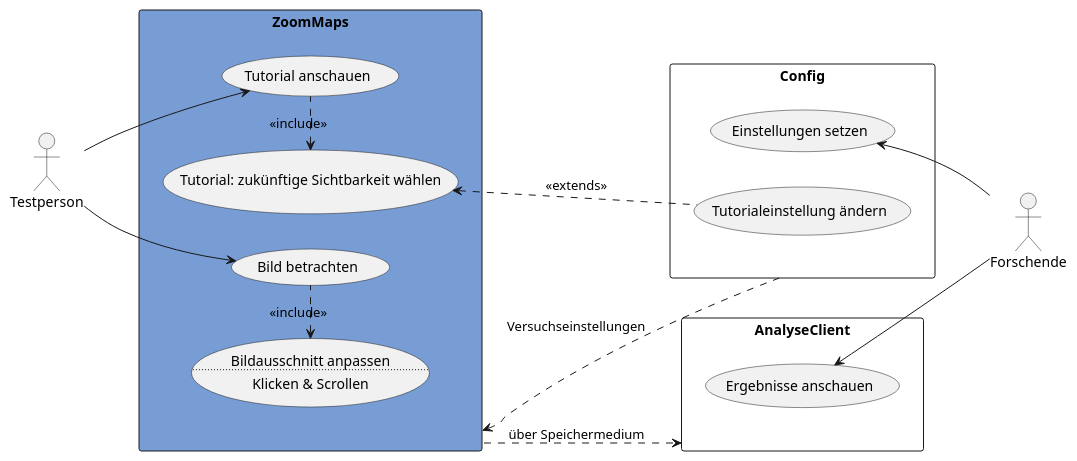
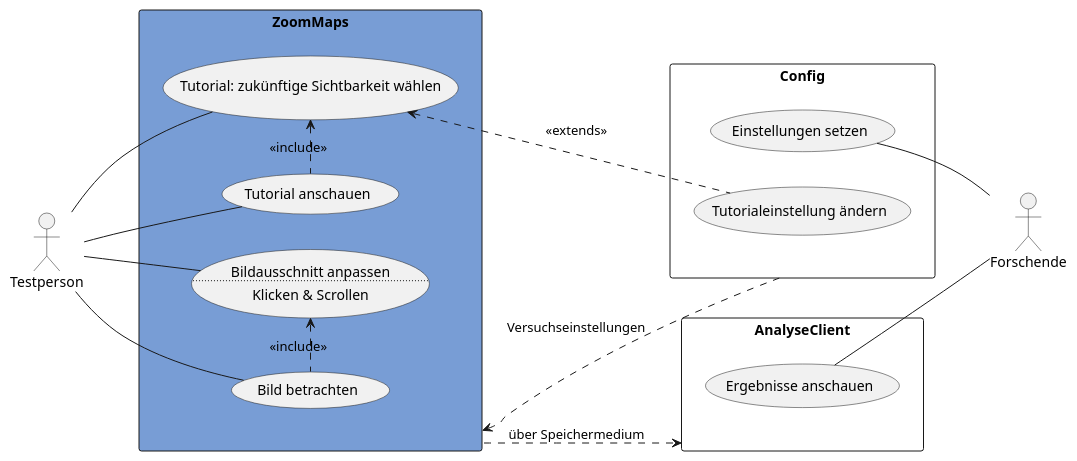
One commit to weichware10/meilensteine changed the diagram in meilenstein_05/usecase-zoommaps/usecase-zoommaps.puml. Above: the diagram before and after it, drawn with PlantUML.

Commit message:
formatierung und pfeilspitzen

```diff
--- a/meilenstein_05/usecase-zoommaps/usecase-zoommaps.puml
+++ b/meilenstein_05/usecase-zoommaps/usecase-zoommaps.puml
@@ -1,42 +1,42 @@
 @startuml zoommaps
 left to right direction
 
 actor Testperson as t
 actor Forschende as f
 
 rectangle ZoomMaps as z #789dd5 {
     usecase "Tutorial anschauen" as td
     usecase "Tutorial: zukünftige Sichtbarkeit wählen" as tw
     usecase "Bild betrachten" as bb
     usecase ba as "Bildausschnitt anpassen
     ..
     Klicken & Scrollen"
     td .l.> tw : <<include>>
     bb .l.> ba : <<include>>
 }
 
 rectangle AnalyseClient as a {
     usecase "Ergebnisse anschauen" as ea
 }
 
 rectangle Config as c {
     usecase "Einstellungen setzen" as es
     usecase "Tutorialeinstellung ändern" as tä
 }
 
 ' Testperson
-t --> td
-' t --> tw
-t --> bb
-' t --> ba
+t -- td
+t -- bb
+t -- ba
+t -- tw
 
 ' Forschende
-es <-- f
-ea <-- f
+es -- f
+ea -- f
 
 ' intern
 tw <.. tä : <<extends>>
 z ..> a : über Speichermedium
 z <.. c : Versuchseinstellungen
 
 @enduml
```
